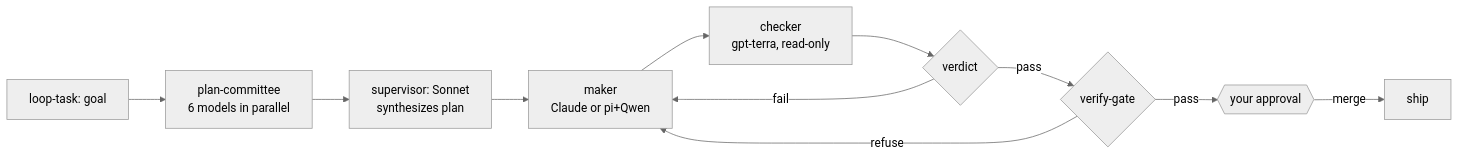
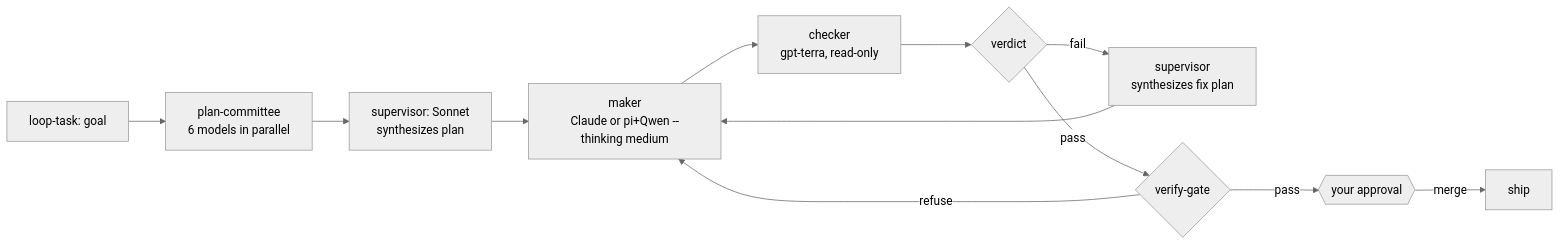
Before and after one commit to eshwarvijay/secondmate: the diagram in README.md, drawn with Mermaid (neutral theme). The commit also changed other lines of this file and 2 other files, not shown here.

Commit message:
fix: task-scoped maker agent names, refused escalation, update README+ARCHITECTURE

````diff
--- a/README.md
+++ b/README.md
@@ -52,13 +52,14 @@
 ```mermaid
 flowchart LR
     A[loop-task: goal] --> P[plan-committee<br/>6 models in parallel]
     P --> S[supervisor: Sonnet<br/>synthesizes plan]
-    S --> M[maker<br/>Claude or pi+Qwen]
+    S --> M[maker<br/>Claude or pi+Qwen --thinking medium]
     M --> C[checker<br/>gpt-terra, read-only]
     C --> V{verdict}
-    V -- fail --> M
+    V -- fail --> S2[supervisor<br/>synthesizes fix plan]
+    S2 --> M
     V -- pass --> G{verify-gate}
     G -- refuse --> M
     G -- pass --> H{{your approval}}
     H -- merge --> D[ship]
 ```
````
